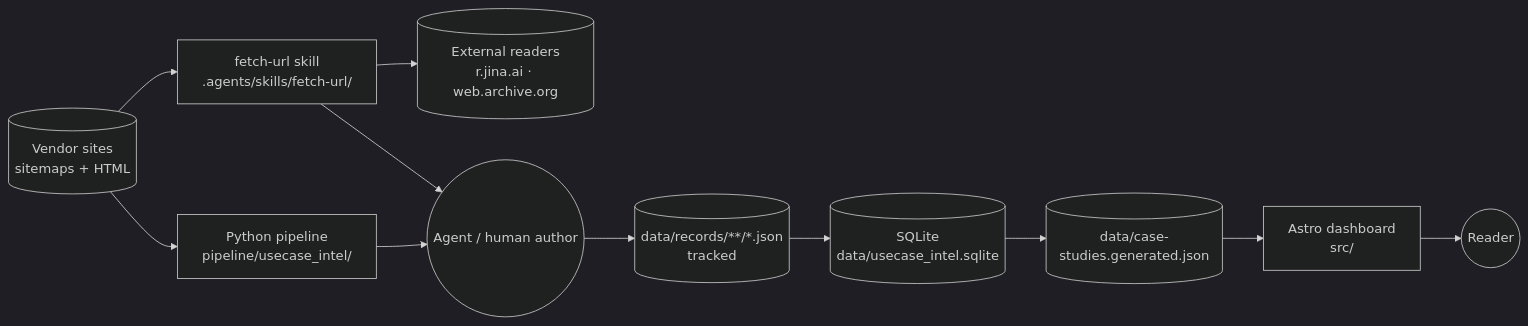
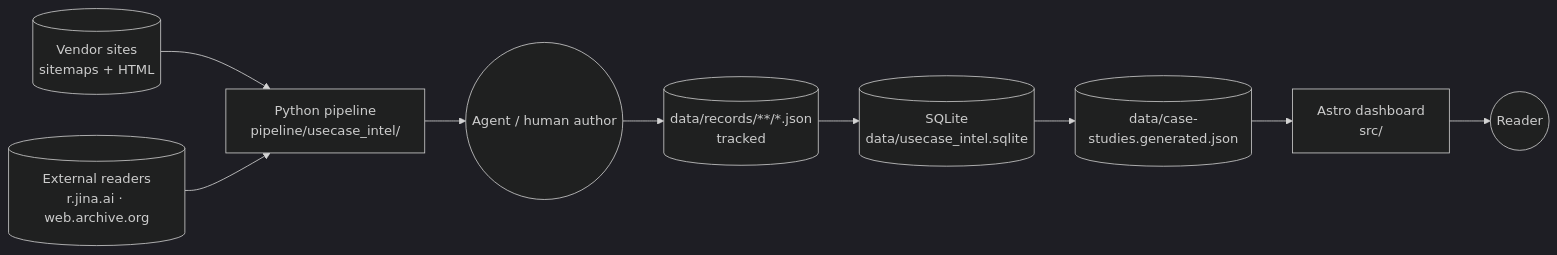
The first of 2 diagrams in ARCHITECTURE.md (vibewatch/usecase), drawn with Mermaid (dark theme) before and after one commit. The commit also changed other lines of this file and 30 other files, not shown here.

First line of the commit message:
feat: Implement fetch client and related utilities for URL probing and image extraction

````diff
--- a/ARCHITECTURE.md
+++ b/ARCHITECTURE.md
@@ -17,24 +17,21 @@
 ```mermaid
 flowchart LR
   vendors[(Vendor sites<br/>sitemaps + HTML)]
   ext[(External readers<br/>r.jina.ai · web.archive.org)]
   pipeline[Python pipeline<br/>pipeline/usecase_intel/]
-  fetch[fetch-url skill<br/>.agents/skills/fetch-url/]
   agent((Agent / human author))
   records[(data/records/**/*.json<br/>tracked)]
   db[(SQLite<br/>data/usecase_intel.sqlite)]
   json[(data/case-studies.generated.json)]
   astro[Astro dashboard<br/>src/]
   user((Reader))
 
   vendors --> pipeline
-  vendors --> fetch
-  fetch --> ext
+  ext --> pipeline
   pipeline --> agent
-  fetch --> agent
   agent --> records
   records --> db
   db --> json
   json --> astro
   astro --> user
 ```
````
